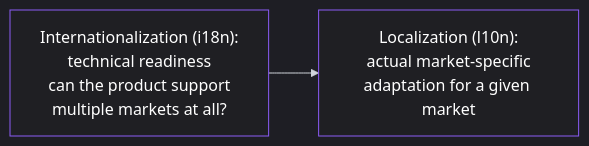
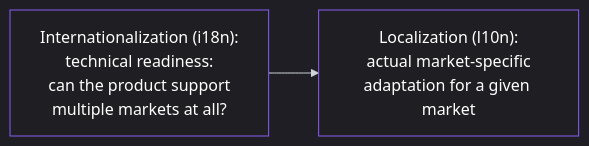
The first of 4 diagrams in content/lessons/lesson-059.md (pmacademy-app/web), drawn with Mermaid before and after one commit. The commit also changed other lines of this file and 275 other files, not shown here.

````diff
--- a/content/lessons/lesson-059.md
+++ b/content/lessons/lesson-059.md
@@ -49,34 +49,34 @@
 ```mermaid
 %%{init: {
   "theme": "dark",
   "themeVariables": {
     "background": "#0b0b0c",
     "primaryColor": "#1f1f23",
     "primaryTextColor": "#ffffff",
     "primaryBorderColor": "#8b5cf6",
     "lineColor": "#d1d5db",
     "secondaryColor": "#18181b",
     "tertiaryColor": "#111111",
     "mainBkg": "#1f1f23",
     "nodeBorder": "#8b5cf6",
     "clusterBkg": "#000000",
     "clusterBorder": "#27272a",
     "titleColor": "#ffffff",
     "edgeLabelBackground": "#0b0b0c",
     "nodeTextColor": "#ffffff",
     "edgeLabelColor": "#ffffff",
     "actorBorder": "#8b5cf6",
     "actorBkg": "#1f1f23",
     "actorTextColor": "#ffffff",
     "sequenceNumberColor": "#ffffff",
     "signalColor": "#8b5cf6",
     "signalTextColor": "#ffffff",
     "textColor": "#ffffff",
     "classText": "#ffffff",
     "classBorder": "#8b5cf6",
     "classBkg": "#1f1f23"
   }
 }}%%
 graph LR
-    A["Internationalization (i18n):<br/>technical readiness <br/>can the product support<br/>multiple markets at all?"] --> B["Localization (l10n):<br/>actual market-specific<br/>adaptation for a given market"]
+    A["Internationalization (i18n):<br/>technical readiness:<br/>can the product support<br/>multiple markets at all?"] --> B["Localization (l10n):<br/>actual market-specific<br/>adaptation for a given market"]
 ```
````
